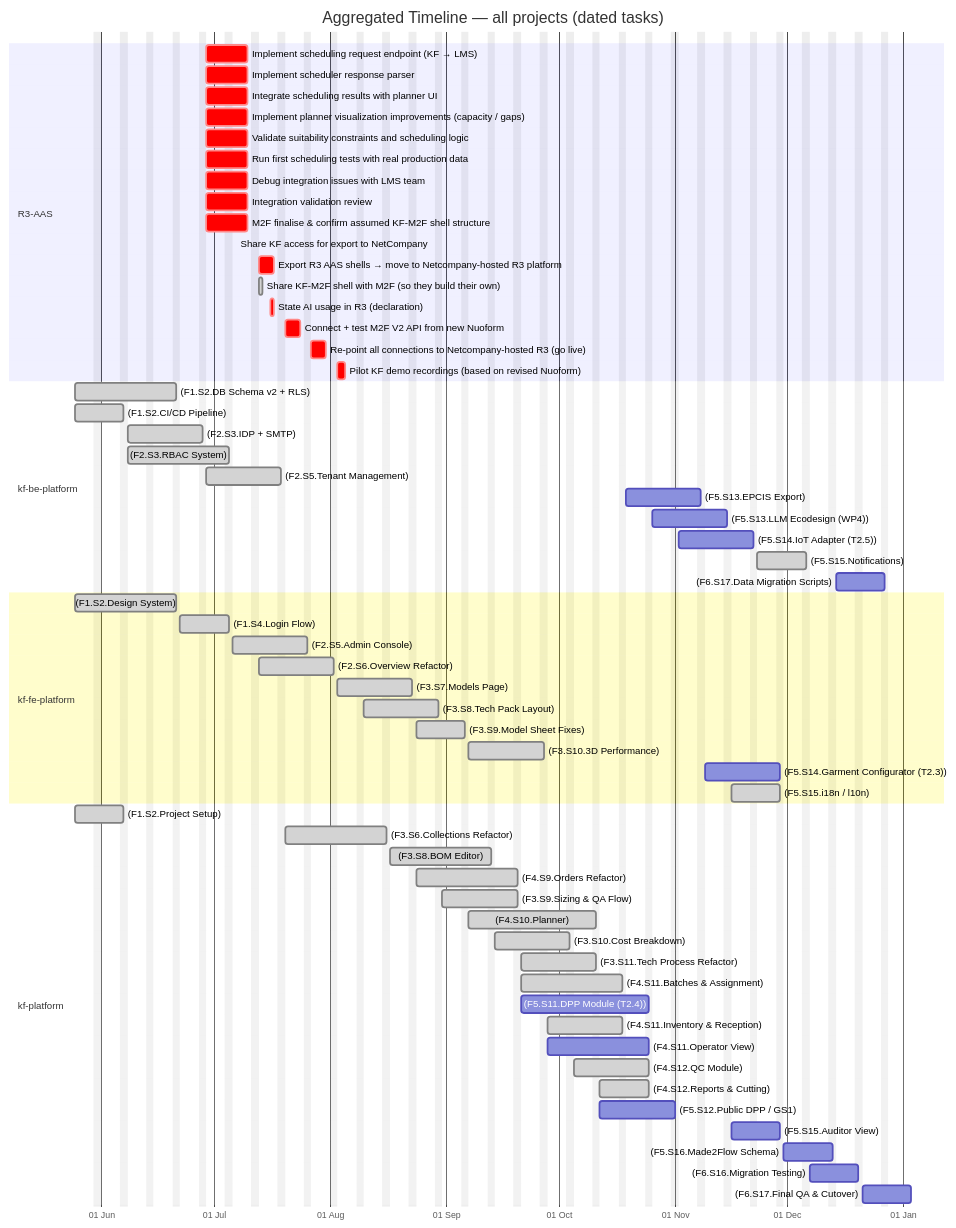
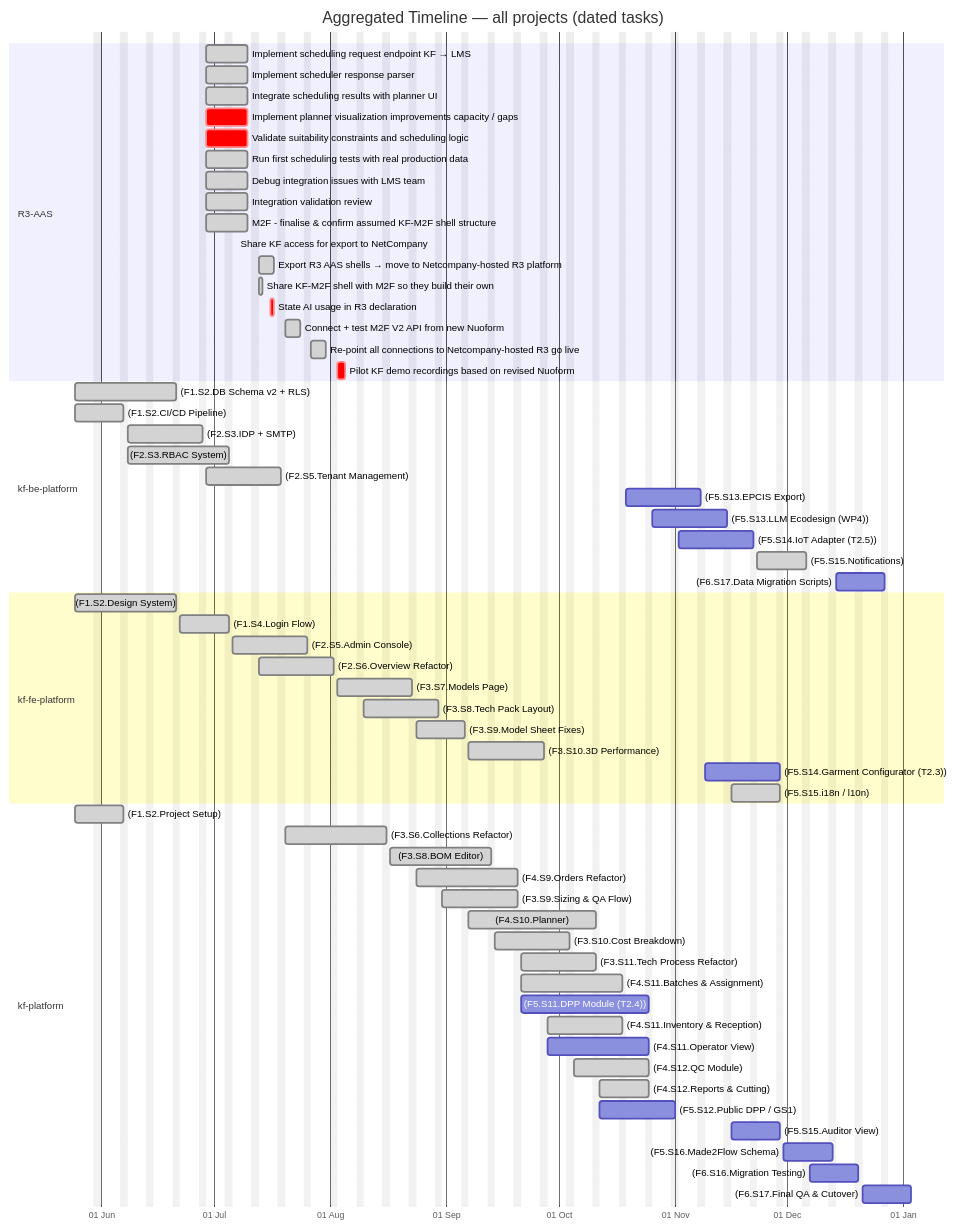
Before and after one commit to Katty-Fashion/kf-cpto: the third of 6 diagrams in docs/unified-calendar.md, drawn with Mermaid. The commit also changed other lines of this file and 45 other files, not shown here.

````diff
--- a/docs/unified-calendar.md
+++ b/docs/unified-calendar.md
@@ -61,67 +61,67 @@
 ```mermaid
 gantt
     title Aggregated Timeline — all projects (dated tasks)
     dateFormat YYYY-MM-DD
     axisFormat %d %b
     excludes weekends
 
     section R3-AAS
-    Implement scheduling request endpoint (KF → LMS) :crit, 2026-06-29, 2026-07-10
-    Implement scheduler response parser :crit, 2026-06-29, 2026-07-10
-    Integrate scheduling results with planner UI :crit, 2026-06-29, 2026-07-10
-    Implement planner visualization improvements (capacity / gaps) :crit, 2026-06-29, 2026-07-10
+    Implement scheduling request endpoint KF → LMS :done, 2026-06-29, 2026-07-10
+    Implement scheduler response parser :done, 2026-06-29, 2026-07-10
+    Integrate scheduling results with planner UI :done, 2026-06-29, 2026-07-10
+    Implement planner visualization improvements capacity / gaps :crit, 2026-06-29, 2026-07-10
     Validate suitability constraints and scheduling logic :crit, 2026-06-29, 2026-07-10
-    Run first scheduling tests with real production data :crit, 2026-06-29, 2026-07-10
-    Debug integration issues with LMS team :crit, 2026-06-29, 2026-07-10
-    Integration validation review :crit, 2026-06-29, 2026-07-10
-    M2F finalise & confirm assumed KF-M2F shell structure :crit, 2026-06-29, 2026-07-10
+    Run first scheduling tests with real production data :done, 2026-06-29, 2026-07-10
+    Debug integration issues with LMS team :done, 2026-06-29, 2026-07-10
+    Integration validation review :done, 2026-06-29, 2026-07-10
+    M2F - finalise & confirm assumed KF-M2F shell structure :done, 2026-06-29, 2026-07-10
     Share KF access for export to NetCompany :done, 2026-07-07, 2026-07-07
-    Export R3 AAS shells → move to Netcompany-hosted R3 platform :crit, 2026-07-13, 2026-07-17
-    Share KF-M2F shell with M2F (so they build their own) :done, 2026-07-13, 2026-07-14
-    State AI usage in R3 (declaration) :crit, 2026-07-16, 2026-07-17
-    Connect + test M2F V2 API from new Nuoform :crit, 2026-07-20, 2026-07-24
-    Re-point all connections to Netcompany-hosted R3 (go live) :crit, 2026-07-27, 2026-07-31
-    Pilot KF demo recordings (based on revised Nuoform) :crit, 2026-08-03, 2026-08-05
+    Export R3 AAS shells → move to Netcompany-hosted R3 platform :done, 2026-07-13, 2026-07-17
+    Share KF-M2F shell with M2F so they build their own :done, 2026-07-13, 2026-07-14
+    State AI usage in R3 declaration :crit, 2026-07-16, 2026-07-17
+    Connect + test M2F V2 API from new Nuoform :done, 2026-07-20, 2026-07-24
+    Re-point all connections to Netcompany-hosted R3 go live :done, 2026-07-27, 2026-07-31
+    Pilot KF demo recordings based on revised Nuoform :crit, 2026-08-03, 2026-08-05
     section kf-be-platform
     (F1.S2.DB Schema v2 + RLS) :done, 2026-05-25, 2026-06-21
     (F1.S2.CI/CD Pipeline) :done, 2026-05-25, 2026-06-07
     (F2.S3.IDP + SMTP) :done, 2026-06-08, 2026-06-28
     (F2.S3.RBAC System) :done, 2026-06-08, 2026-07-05
     (F2.S5.Tenant Management) :done, 2026-06-29, 2026-07-19
     (F5.S13.EPCIS Export) :2026-10-19, 2026-11-08
     (F5.S13.LLM Ecodesign (WP4)) :2026-10-26, 2026-11-15
     (F5.S14.IoT Adapter (T2.5)) :2026-11-02, 2026-11-22
     (F5.S15.Notifications) :done, 2026-11-23, 2026-12-06
     (F6.S17.Data Migration Scripts) :2026-12-14, 2026-12-27
     section kf-fe-platform
     (F1.S2.Design System) :done, 2026-05-25, 2026-06-21
     (F1.S4.Login Flow) :done, 2026-06-22, 2026-07-05
     (F2.S5.Admin Console) :done, 2026-07-06, 2026-07-26
     (F2.S6.Overview Refactor) :done, 2026-07-13, 2026-08-02
     (F3.S7.Models Page) :done, 2026-08-03, 2026-08-23
     (F3.S8.Tech Pack Layout) :done, 2026-08-10, 2026-08-30
     (F3.S9.Model Sheet Fixes) :done, 2026-08-24, 2026-09-06
     (F3.S10.3D Performance) :done, 2026-09-07, 2026-09-27
     (F5.S14.Garment Configurator (T2.3)) :2026-11-09, 2026-11-29
     (F5.S15.i18n / l10n) :done, 2026-11-16, 2026-11-29
     section kf-platform
     (F1.S2.Project Setup) :done, 2026-05-25, 2026-06-07
     (F3.S6.Collections Refactor) :done, 2026-07-20, 2026-08-16
     (F3.S8.BOM Editor) :done, 2026-08-17, 2026-09-13
     (F4.S9.Orders Refactor) :done, 2026-08-24, 2026-09-20
     (F3.S9.Sizing & QA Flow) :done, 2026-08-31, 2026-09-20
     (F4.S10.Planner) :done, 2026-09-07, 2026-10-11
     (F3.S10.Cost Breakdown) :done, 2026-09-14, 2026-10-04
     (F3.S11.Tech Process Refactor) :done, 2026-09-21, 2026-10-11
     (F4.S11.Batches & Assignment) :done, 2026-09-21, 2026-10-18
     (F5.S11.DPP Module (T2.4)) :2026-09-21, 2026-10-25
     (F4.S11.Inventory & Reception) :done, 2026-09-28, 2026-10-18
     (F4.S11.Operator View) :2026-09-28, 2026-10-25
     (F4.S12.QC Module) :done, 2026-10-05, 2026-10-25
     (F4.S12.Reports & Cutting) :done, 2026-10-12, 2026-10-25
     (F5.S12.Public DPP / GS1) :2026-10-12, 2026-11-01
     (F5.S15.Auditor View) :2026-11-16, 2026-11-29
     (F5.S16.Made2Flow Schema) :2026-11-30, 2026-12-13
     (F6.S16.Migration Testing) :2026-12-07, 2026-12-20
     (F6.S17.Final QA & Cutover) :2026-12-21, 2027-01-03
 ```
````
